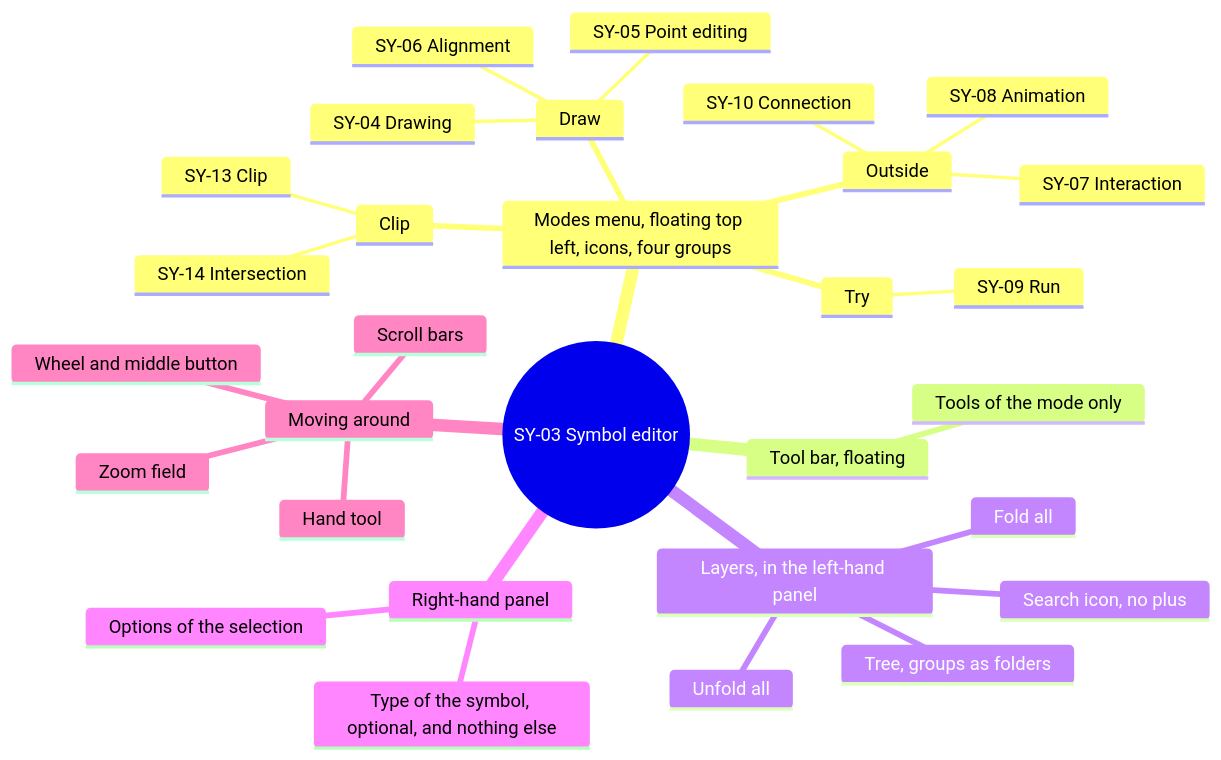
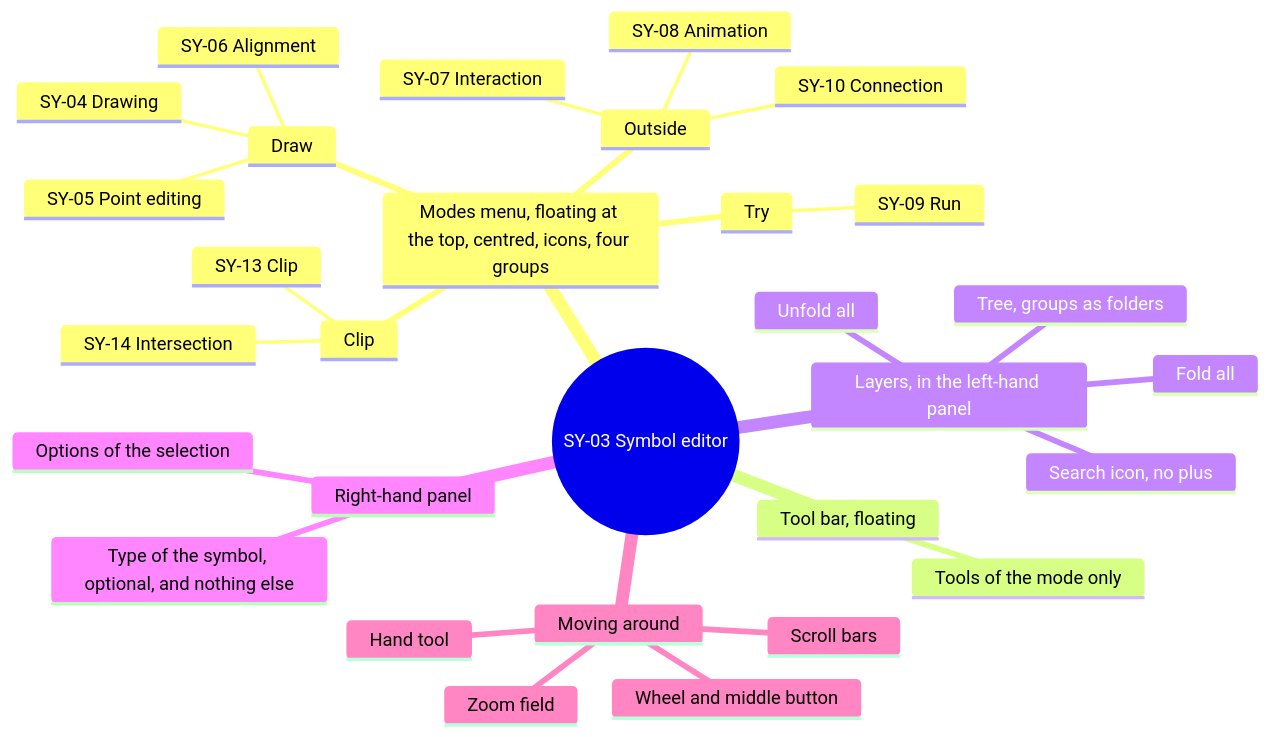
The fifth of 16 diagrams in screens/symbols.md (AlexandreGallais/synoptic-studio-spec), drawn with Mermaid before and after one commit. The commit also changed other lines of this file and 11 other files, not shown here.

First line of the commit message:
docs(symbols): animation panel as a sentence, way back from a mode, centred modes menu

````diff
--- a/screens/symbols.md
+++ b/screens/symbols.md
@@ -118,33 +118,33 @@
 ```mermaid
 mindmap
   root((SY-03 Symbol editor))
-    Modes menu, floating top left, icons, four groups
+    Modes menu, floating at the top, centred, icons, four groups
       Draw
         SY-04 Drawing
         SY-05 Point editing
         SY-06 Alignment
       Clip
         SY-13 Clip
         SY-14 Intersection
       Outside
         SY-10 Connection
         SY-08 Animation
         SY-07 Interaction
       Try
         SY-09 Run
     Tool bar, floating
       Tools of the mode only
     Layers, in the left-hand panel
       Search icon, no plus
       Unfold all
       Fold all
       Tree, groups as folders
     Right-hand panel
       Options of the selection
       Type of the symbol, optional, and nothing else
     Moving around
       Hand tool
       Wheel and middle button
       Zoom field
       Scroll bars
 ```
````
